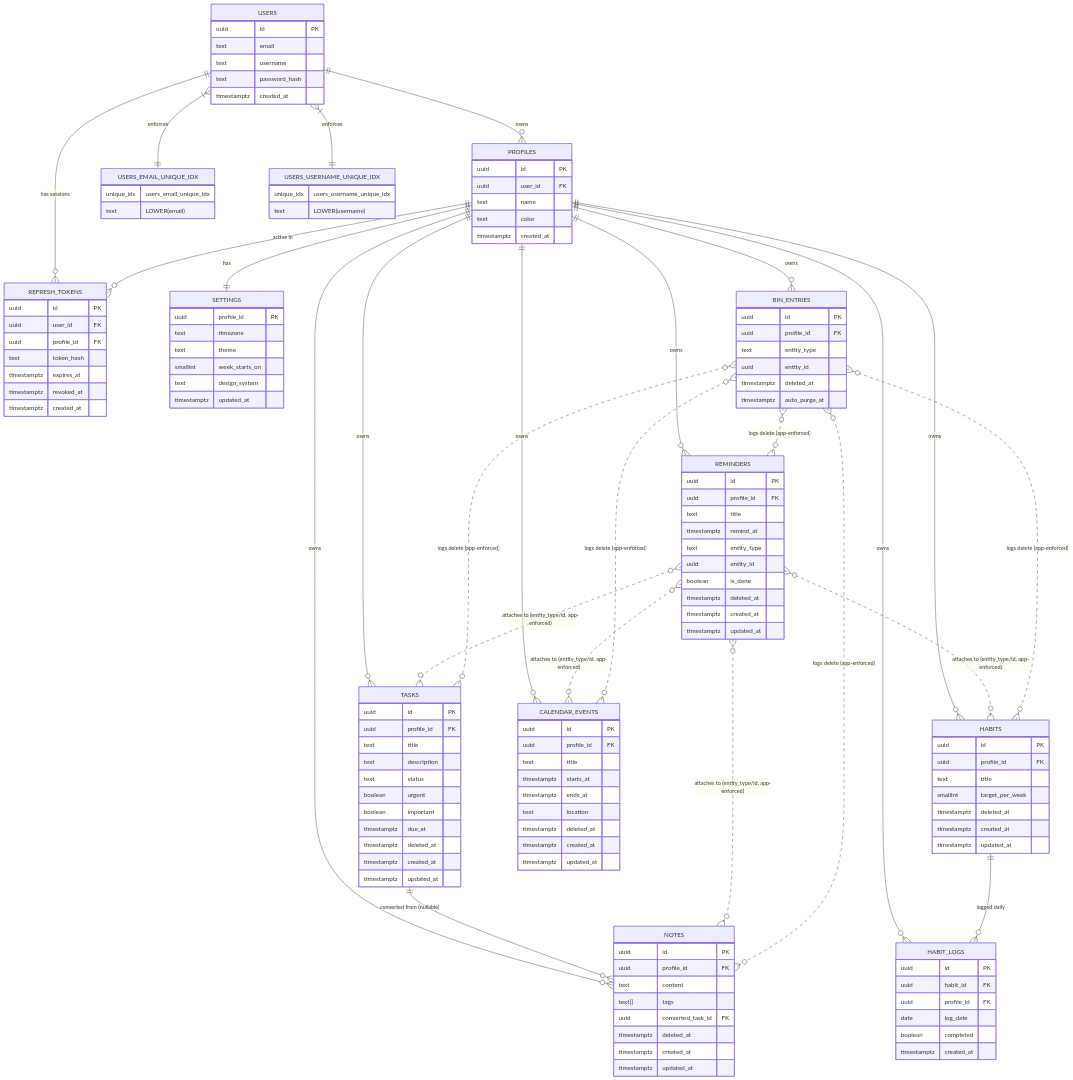
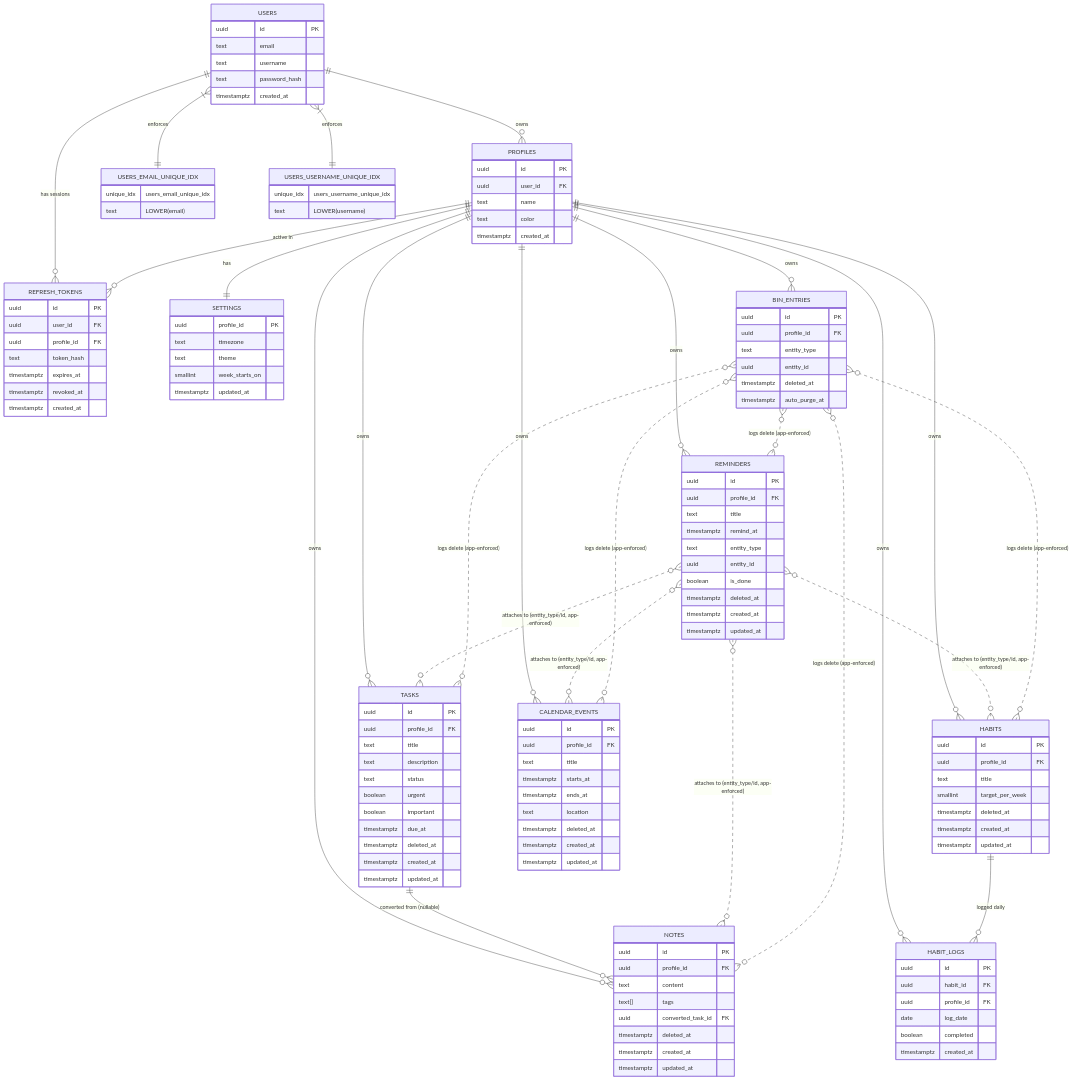
Before and after one commit to BhavanathJ/second-brain: the diagram in db/schema-erd.mmd, drawn with Mermaid. The commit also changed 18 other files, not shown here.

Commit message:
Update schema ERD: remove design_system from settings table, regenerate SVG, remove PNG

```diff
--- a/db/schema-erd.mmd
+++ b/db/schema-erd.mmd
@@ -1,142 +1,141 @@
 erDiagram
   USERS ||--o{ PROFILES : owns
   USERS }|--|| USERS_EMAIL_UNIQUE_IDX : enforces
   USERS }|--|| USERS_USERNAME_UNIQUE_IDX : enforces
   USERS ||--o{ REFRESH_TOKENS : "has sessions"
   PROFILES ||--o{ REFRESH_TOKENS : "active in"
 
   PROFILES ||--|| SETTINGS : has
   PROFILES ||--o{ TASKS : owns
   PROFILES ||--o{ NOTES : owns
   PROFILES ||--o{ HABITS : owns
   PROFILES ||--o{ HABIT_LOGS : owns
   PROFILES ||--o{ CALENDAR_EVENTS : owns
   PROFILES ||--o{ REMINDERS : owns
   PROFILES ||--o{ BIN_ENTRIES : owns
 
   TASKS ||--o{ NOTES : "converted from (nullable)"
   HABITS ||--o{ HABIT_LOGS : "logged daily"
 
   REMINDERS }o..o{ TASKS : "attaches to (entity_type/id, app-enforced)"
   REMINDERS }o..o{ HABITS : "attaches to (entity_type/id, app-enforced)"
   REMINDERS }o..o{ CALENDAR_EVENTS : "attaches to (entity_type/id, app-enforced)"
   REMINDERS }o..o{ NOTES : "attaches to (entity_type/id, app-enforced)"
 
   BIN_ENTRIES }o..o{ TASKS : "logs delete (app-enforced)"
   BIN_ENTRIES }o..o{ NOTES : "logs delete (app-enforced)"
   BIN_ENTRIES }o..o{ HABITS : "logs delete (app-enforced)"
   BIN_ENTRIES }o..o{ CALENDAR_EVENTS : "logs delete (app-enforced)"
   BIN_ENTRIES }o..o{ REMINDERS : "logs delete (app-enforced)"
 
   USERS {
     uuid id PK
     text email
     text username
     text password_hash
     timestamptz created_at
   }
 
   USERS_EMAIL_UNIQUE_IDX {
     unique_idx users_email_unique_idx
     text LOWER(email)
   }
 
   USERS_USERNAME_UNIQUE_IDX {
     unique_idx users_username_unique_idx
     text LOWER(username)
   }
   PROFILES {
     uuid id PK
     uuid user_id FK
     text name
     text color
     timestamptz created_at
   }
   REFRESH_TOKENS {
     uuid id PK
     uuid user_id FK
     uuid profile_id FK
     text token_hash
     timestamptz expires_at
     timestamptz revoked_at
     timestamptz created_at
   }
   SETTINGS {
     uuid profile_id PK
     text timezone
     text theme
     smallint week_starts_on
-    text design_system
     timestamptz updated_at
   }
   TASKS {
     uuid id PK
     uuid profile_id FK
     text title
     text description
     text status
     boolean urgent
     boolean important
     timestamptz due_at
     timestamptz deleted_at
     timestamptz created_at
     timestamptz updated_at
   }
   NOTES {
     uuid id PK
     uuid profile_id FK
     text content
     text[] tags
     uuid converted_task_id FK
     timestamptz deleted_at
     timestamptz created_at
     timestamptz updated_at
   }
   HABITS {
     uuid id PK
     uuid profile_id FK
     text title
     smallint target_per_week
     timestamptz deleted_at
     timestamptz created_at
     timestamptz updated_at
   }
   HABIT_LOGS {
     uuid id PK
     uuid habit_id FK
     uuid profile_id FK
     date log_date
     boolean completed
     timestamptz created_at
   }
   CALENDAR_EVENTS {
     uuid id PK
     uuid profile_id FK
     text title
     timestamptz starts_at
     timestamptz ends_at
     text location
     timestamptz deleted_at
     timestamptz created_at
     timestamptz updated_at
   }
   REMINDERS {
     uuid id PK
     uuid profile_id FK
     text title
     timestamptz remind_at
     text entity_type
     uuid entity_id
     boolean is_done
     timestamptz deleted_at
     timestamptz created_at
     timestamptz updated_at
   }
   BIN_ENTRIES {
     uuid id PK
     uuid profile_id FK
     text entity_type
     uuid entity_id
     timestamptz deleted_at
     timestamptz auto_purge_at
   }
```
